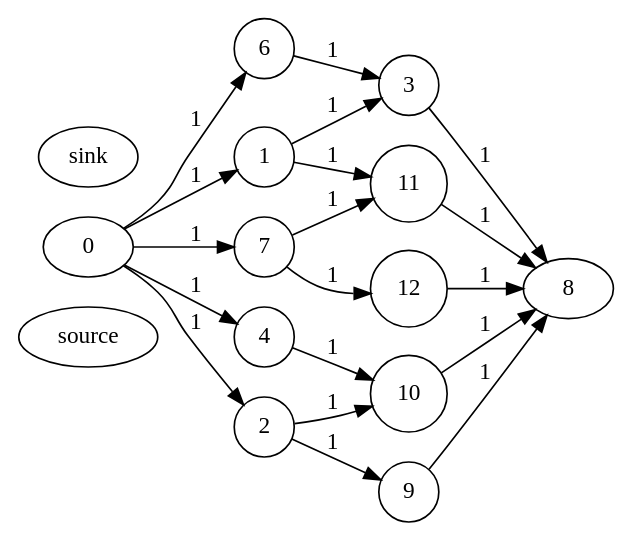
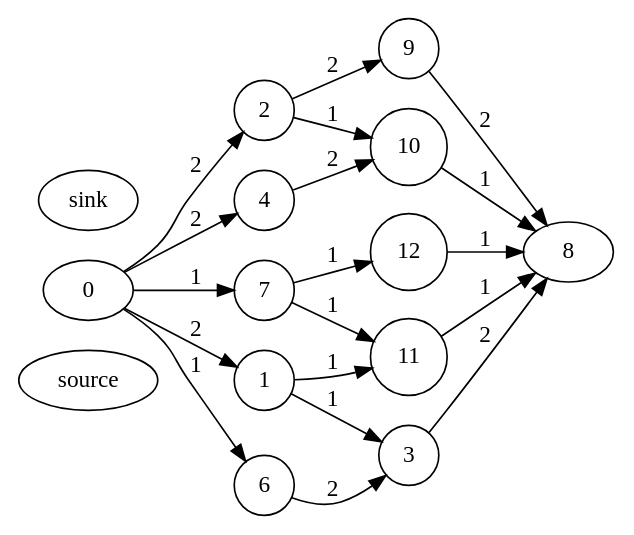
The diagram in out.dot (Faymir/Ocaml-FordFulkerson), drawn with Graphviz before and after one commit. The commit also changed 29 other files, not shown here.

```diff
--- a/out.dot
+++ b/out.dot
@@ -1,25 +1,25 @@
 digraph result {
 	rankdir=LR;
 	source 0
 	sink 8
 	size="8,5"
 	node [shape = circle];
+		2 -> 10 [ label = "1" ];
+		2 -> 9 [ label = "2" ];
+		4 -> 10 [ label = "2" ];
+		7 -> 11 [ label = "1" ];
+		7 -> 12 [ label = "1" ];
 		1 -> 3 [ label = "1" ];
 		1 -> 11 [ label = "1" ];
-		7 -> 11 [ label = "1" ];
-		7 -> 12 [ label = "1" ];
+		6 -> 3 [ label = "2" ];
+		9 -> 8 [ label = "2" ];
+		3 -> 8 [ label = "2" ];
+		10 -> 8 [ label = "1" ];
+		12 -> 8 [ label = "1" ];
+		11 -> 8 [ label = "1" ];
+		0 -> 2 [ label = "2" ];
 		0 -> 6 [ label = "1" ];
-		0 -> 4 [ label = "1" ];
+		0 -> 1 [ label = "2" ];
 		0 -> 7 [ label = "1" ];
-		0 -> 2 [ label = "1" ];
-		0 -> 1 [ label = "1" ];
-		6 -> 3 [ label = "1" ];
-		2 -> 10 [ label = "1" ];
-		2 -> 9 [ label = "1" ];
-		4 -> 10 [ label = "1" ];
-		10 -> 8 [ label = "1" ];
-		9 -> 8 [ label = "1" ];
-		3 -> 8 [ label = "1" ];
-		11 -> 8 [ label = "1" ];
-		12 -> 8 [ label = "1" ];
+		0 -> 4 [ label = "2" ];
 }
```
